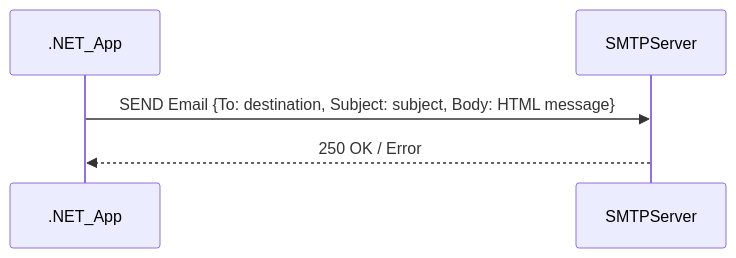
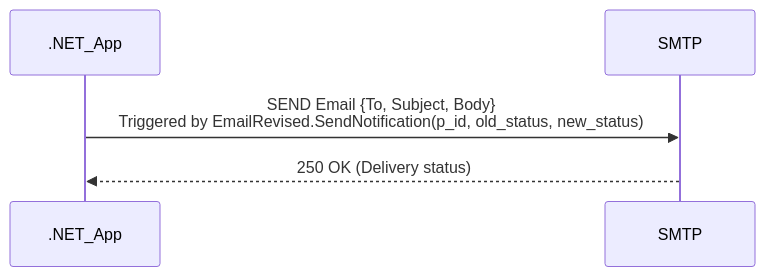
One commit to saniyakapur39/.NET_code_analyzer changed the third of 4 diagrams in PricingApproval_markdown_files/PricingApproval_business_functionality.md. Above: the diagram before and after it, drawn with Mermaid. The commit also changed other lines of this file, not shown here.

````diff
--- a/PricingApproval_markdown_files/PricingApproval_business_functionality.md
+++ b/PricingApproval_markdown_files/PricingApproval_business_functionality.md
@@ -82,7 +172,7 @@
 ```mermaid
 sequenceDiagram
-    participant .NET_App
-    participant SMTPServer
-    .NET_App->>SMTPServer: SEND Email {To: destination, Subject: subject, Body: HTML message}
-    SMTPServer-->>.NET_App: 250 OK / Error
+participant .NET_App
+participant SMTP
+.NET_App->>SMTP: SEND Email {To, Subject, Body}<br/>Triggered by EmailRevised.SendNotification(p_id, old_status, new_status)
+SMTP-->>.NET_App: 250 OK (Delivery status)
 ```
````
